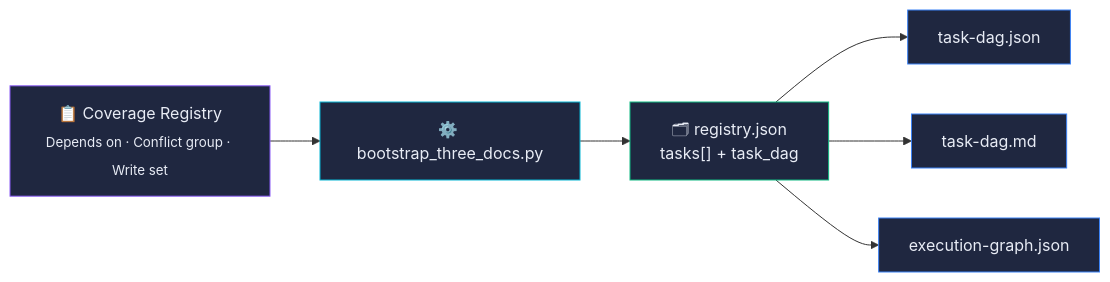
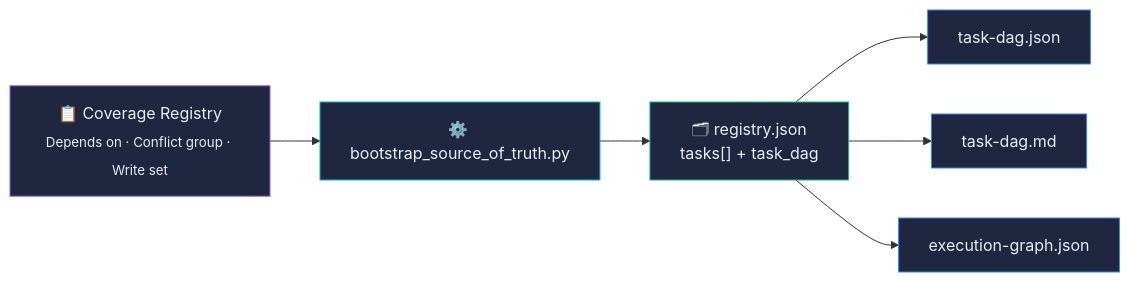
Before and after one commit to sergiolrinditex/React-Python-Login-Admin: the first of 7 diagrams in site/diagrams/dag-flujo.md, drawn with Mermaid. The commit also changed other lines of this file and 34 other files, not shown here.

First line of the commit message:
ci: sweep residual bootstrap_three_docs references across repo

````diff
--- a/site/diagrams/dag-flujo.md
+++ b/site/diagrams/dag-flujo.md
@@ -13,22 +13,22 @@
 ```mermaid
 flowchart LR
     A[📋 Coverage Registry<br><sub>Depends on · Conflict group · Write set</sub>]
-    B[⚙️ bootstrap_three_docs.py]
+    B[⚙️ bootstrap_source_of_truth.py]
     C["🗂 registry.json<br>tasks[] + task_dag"]
     D[task-dag.json]
     E[task-dag.md]
     F[execution-graph.json]
 
     A --> B
     B --> C
     C --> D
     C --> E
     C --> F
 
     style A fill:#1f2740,stroke:#8b5cf6,color:#e8ecf5
     style B fill:#1f2740,stroke:#06b6d4,color:#e8ecf5
     style C fill:#1f2740,stroke:#10b981,color:#e8ecf5
     style D fill:#1f2740,stroke:#3b82f6,color:#e8ecf5
     style E fill:#1f2740,stroke:#3b82f6,color:#e8ecf5
     style F fill:#1f2740,stroke:#3b82f6,color:#e8ecf5
 ```
````
